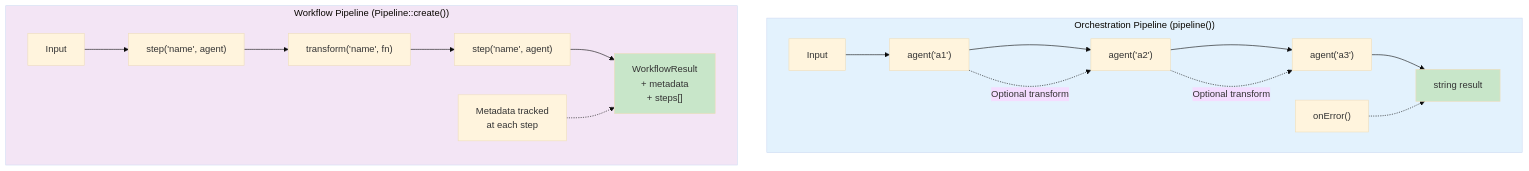
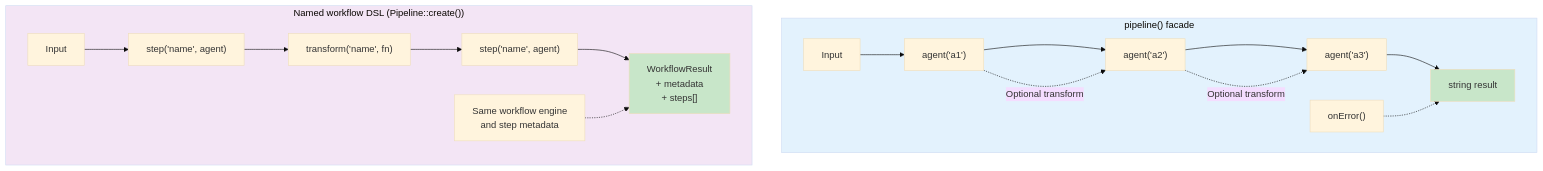
The fourth of 9 diagrams in docs/orchestration-workflows.md (HelgeSverre/pagent), drawn with Mermaid (base theme) before and after one commit. The commit also changed other lines of this file and 239 other files, not shown here.

````diff
--- a/docs/orchestration-workflows.md
+++ b/docs/orchestration-workflows.md
@@ -332,30 +334,30 @@
 ```mermaid
 graph TB
-    subgraph Orchestration["Orchestration Pipeline (pipeline())"]
+    subgraph Orchestration["pipeline() facade"]
         direction LR
         O1["Input"] --> OA1["agent('a1')"]
         OA1 --> OA2["agent('a2')"]
         OA2 --> OA3["agent('a3')"]
         OA3 --> O2["string result"]
 
         OA1 -.->|"Optional transform"| OA2
         OA2 -.->|"Optional transform"| OA3
 
         OE["onError()"] -.-> O2
     end
 
-    subgraph Workflow["Workflow Pipeline (Pipeline::create())"]
+    subgraph Workflow["Named workflow DSL (Pipeline::create())"]
         direction LR
         W1["Input"] --> WA1["step('name', agent)"]
         WA1 --> WT1["transform('name', fn)"]
         WT1 --> WA2["step('name', agent)"]
         WA2 --> W2["WorkflowResult<br/>+ metadata<br/>+ steps[]"]
 
-        WM["Metadata tracked<br/>at each step"] -.-> W2
+        WM["Same workflow engine<br/>and step metadata"] -.-> W2
     end
 
     style Orchestration fill:#e3f2fd
     style Workflow fill:#f3e5f5
     style O2 fill:#c8e6c9
     style W2 fill:#c8e6c9
 ```
````
